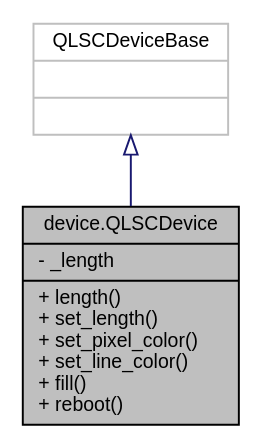
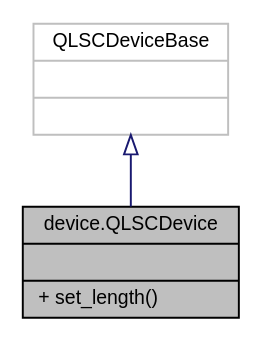
One commit to Quantum-0/qlsc changed the diagram in classdevice_1_1QLSCDevice__inherit__graph.dot. Above: the diagram before and after it, drawn with Graphviz. The commit also changed 205 other files, not shown here.

```diff
--- a/classdevice_1_1QLSCDevice__inherit__graph.dot
+++ b/classdevice_1_1QLSCDevice__inherit__graph.dot
@@ -1,9 +1,9 @@
 digraph "device.QLSCDevice"
 {
  // LATEX_PDF_SIZE
   edge [fontname="Helvetica",fontsize="10",labelfontname="Helvetica",labelfontsize="10"];
   node [fontname="Helvetica",fontsize="10",shape=record];
-  Node1 [label="{device.QLSCDevice\n|- _length\l|+ length()\l+ set_length()\l+ set_pixel_color()\l+ set_line_color()\l+ fill()\l+ reboot()\l}",height=0.2,width=0.4,color="black", fillcolor="grey75", style="filled", fontcolor="black",tooltip=" "];
+  Node1 [label="{device.QLSCDevice\n||+ set_length()\l}",height=0.2,width=0.4,color="black", fillcolor="grey75", style="filled", fontcolor="black",tooltip=" "];
   Node2 -> Node1 [dir="back",color="midnightblue",fontsize="10",style="solid",arrowtail="onormal",fontname="Helvetica"];
   Node2 [label="{QLSCDeviceBase\n||}",height=0.2,width=0.4,color="grey75", fillcolor="white", style="filled",tooltip=" "];
 }
```
